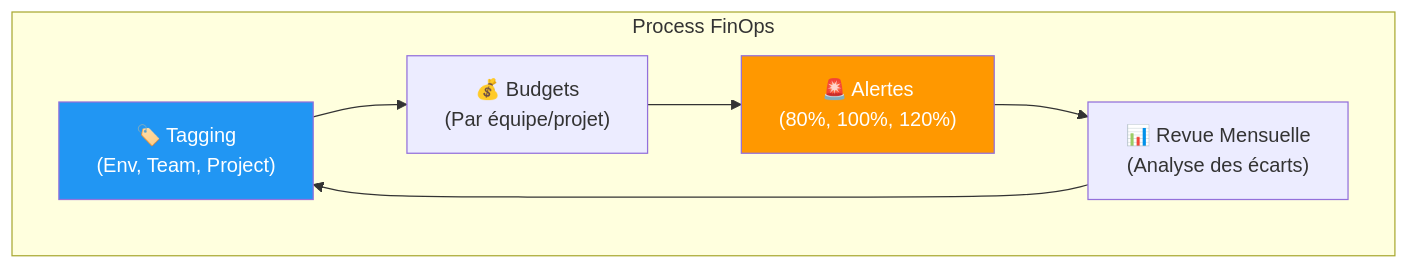
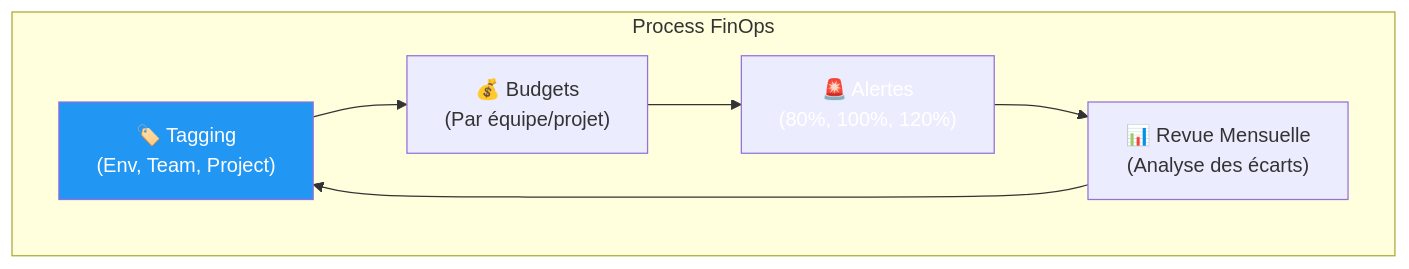
One commit to VBlackJack/ShellBook changed the ninth of 9 diagrams in docs/formations/cloud-fundamentals/06-module.md. Above: the diagram before and after it, drawn with Mermaid. The commit also changed other lines of this file and 337 other files, not shown here.

First line of the commit message:
refactor(docs): Standardize code blocks and Mermaid colors

````diff
--- a/docs/formations/cloud-fundamentals/06-module.md
+++ b/docs/formations/cloud-fundamentals/06-module.md
@@ -316,15 +316,15 @@
 ```mermaid
 graph TB
     subgraph "Process FinOps"
         TAG["🏷️ Tagging<br/>(Env, Team, Project)"]
         BUDGET["💰 Budgets<br/>(Par équipe/projet)"]
         ALERT["🚨 Alertes<br/>(80%, 100%, 120%)"]
         REVIEW["📊 Revue Mensuelle<br/>(Analyse des écarts)"]
     end
 
     TAG --> BUDGET --> ALERT --> REVIEW
     REVIEW --> TAG
 
     style TAG fill:#2196f3,color:#fff
-    style ALERT fill:#ff9800,color:#fff
+    style ALERT fill:#FF9800800800,color:#fff
 ```
````
